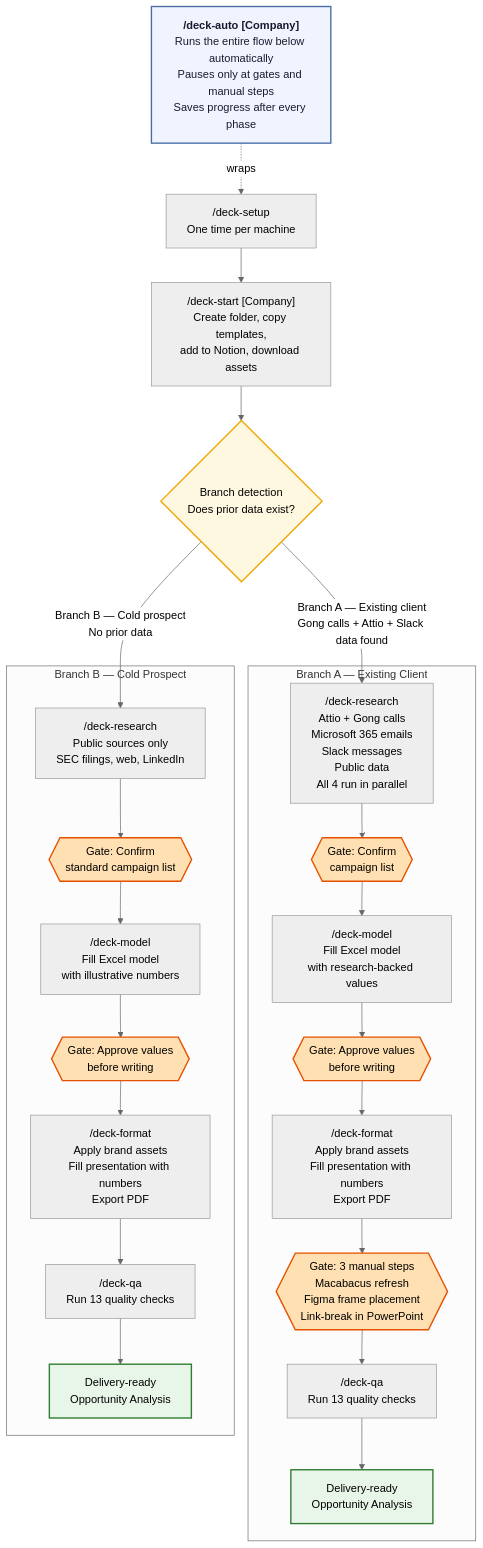
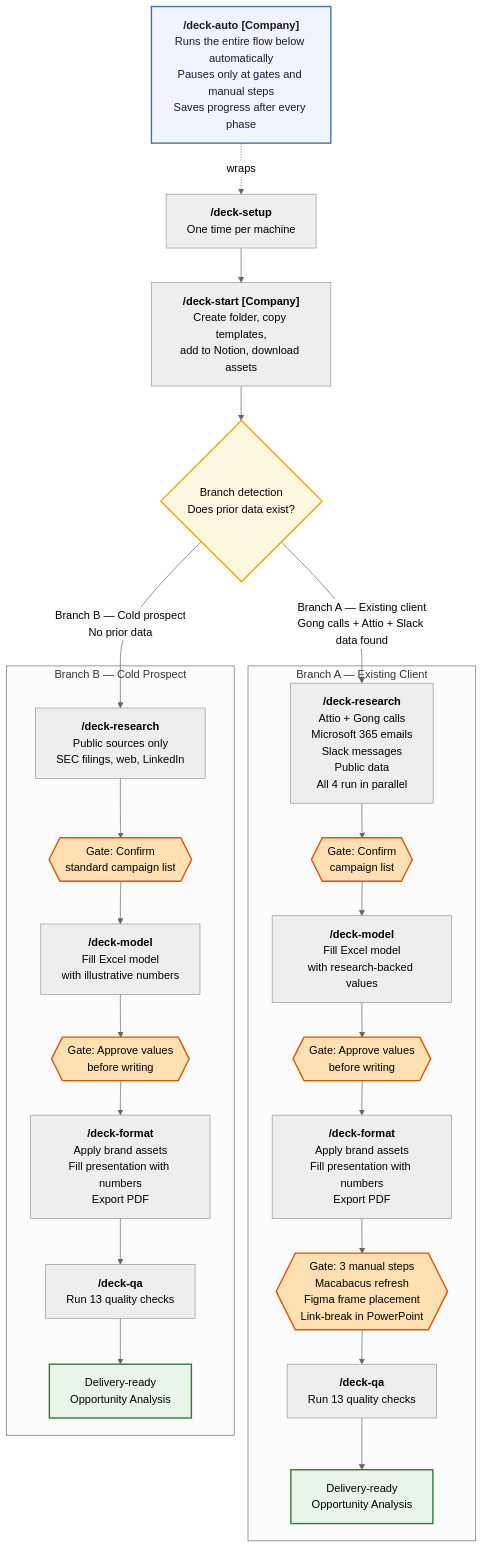
The diagram in README.md (Jolly-Incentineering/opportunity-analysis), drawn with Mermaid (neutral theme) before and after one commit.

Commit message:
Fix flowchart line breaks

````diff
--- a/README.md
+++ b/README.md
@@ -77,56 +77,56 @@
 ```mermaid
 flowchart TD
-    AUTO["<b>/deck-auto [Company]</b>\nRuns the entire flow below automatically\nPauses only at gates and manual steps\nSaves progress after every phase"]
+    AUTO["<b>/deck-auto [Company]</b><br/>Runs the entire flow below automatically<br/>Pauses only at gates and manual steps<br/>Saves progress after every phase"]
     AUTO -. "wraps" .-> SETUP
 
-    SETUP["/deck-setup\nOne time per machine"] --> START
+    SETUP["<b>/deck-setup</b><br/>One time per machine"] --> START
 
-    START["/deck-start [Company]\nCreate folder, copy templates,\nadd to Notion, download assets"] --> DETECT
+    START["<b>/deck-start [Company]</b><br/>Create folder, copy templates,<br/>add to Notion, download assets"] --> DETECT
 
-    DETECT{Branch detection\nDoes prior data exist?}
+    DETECT{"Branch detection<br/>Does prior data exist?"}
 
-    DETECT -->|"Branch A — Existing client\nGong calls + Attio + Slack data found"| RA
-    DETECT -->|"Branch B — Cold prospect\nNo prior data"| RB
+    DETECT -->|"Branch A — Existing client<br/>Gong calls + Attio + Slack data found"| RA
+    DETECT -->|"Branch B — Cold prospect<br/>No prior data"| RB
 
     subgraph branchA ["Branch A — Existing Client"]
-        RA["/deck-research\nAttio + Gong calls\nMicrosoft 365 emails\nSlack messages\nPublic data\nAll 4 run in parallel"]
+        RA["<b>/deck-research</b><br/>Attio + Gong calls<br/>Microsoft 365 emails<br/>Slack messages<br/>Public data<br/>All 4 run in parallel"]
         RA --> GA
-        GA{{"Gate: Confirm\ncampaign list"}}
+        GA{{"Gate: Confirm<br/>campaign list"}}
         GA --> MA
-        MA["/deck-model\nFill Excel model\nwith research-backed values"]
+        MA["<b>/deck-model</b><br/>Fill Excel model<br/>with research-backed values"]
         MA --> GB
-        GB{{"Gate: Approve values\nbefore writing"}}
+        GB{{"Gate: Approve values<br/>before writing"}}
         GB --> FA
-        FA["/deck-format\nApply brand assets\nFill presentation with numbers\nExport PDF"]
+        FA["<b>/deck-format</b><br/>Apply brand assets<br/>Fill presentation with numbers<br/>Export PDF"]
         FA --> GC
-        GC{{"Gate: 3 manual steps\nMacabacus refresh\nFigma frame placement\nLink-break in PowerPoint"}}
+        GC{{"Gate: 3 manual steps<br/>Macabacus refresh<br/>Figma frame placement<br/>Link-break in PowerPoint"}}
         GC --> QA_A
-        QA_A["/deck-qa\nRun 13 quality checks"]
-        QA_A --> DA["Delivery-ready\nOpportunity Analysis"]
+        QA_A["<b>/deck-qa</b><br/>Run 13 quality checks"]
+        QA_A --> DA["Delivery-ready<br/>Opportunity Analysis"]
     end
 
     subgraph branchB ["Branch B — Cold Prospect"]
-        RB["/deck-research\nPublic sources only\nSEC filings, web, LinkedIn"]
+        RB["<b>/deck-research</b><br/>Public sources only<br/>SEC filings, web, LinkedIn"]
         RB --> GD
-        GD{{"Gate: Confirm\nstandard campaign list"}}
+        GD{{"Gate: Confirm<br/>standard campaign list"}}
         GD --> MB
-        MB["/deck-model\nFill Excel model\nwith illustrative numbers"]
+        MB["<b>/deck-model</b><br/>Fill Excel model<br/>with illustrative numbers"]
         MB --> GE
-        GE{{"Gate: Approve values\nbefore writing"}}
+        GE{{"Gate: Approve values<br/>before writing"}}
         GE --> FB
-        FB["/deck-format\nApply brand assets\nFill presentation with numbers\nExport PDF"]
+        FB["<b>/deck-format</b><br/>Apply brand assets<br/>Fill presentation with numbers<br/>Export PDF"]
         FB --> QA_B
-        QA_B["/deck-qa\nRun 13 quality checks"]
-        QA_B --> DB["Delivery-ready\nOpportunity Analysis"]
+        QA_B["<b>/deck-qa</b><br/>Run 13 quality checks"]
+        QA_B --> DB["Delivery-ready<br/>Opportunity Analysis"]
     end
 
     style AUTO fill:#f0f4ff,stroke:#4a6fa5,stroke-width:2px,color:#1a1a2e
     style DETECT fill:#fff8e1,stroke:#f0a500,stroke-width:2px
     style GA fill:#ffe0b2,stroke:#e65100,stroke-width:2px
     style GB fill:#ffe0b2,stroke:#e65100,stroke-width:2px
     style GC fill:#ffe0b2,stroke:#e65100,stroke-width:2px
     style GD fill:#ffe0b2,stroke:#e65100,stroke-width:2px
     style GE fill:#ffe0b2,stroke:#e65100,stroke-width:2px
     style DA fill:#e8f5e9,stroke:#2e7d32,stroke-width:2px
     style DB fill:#e8f5e9,stroke:#2e7d32,stroke-width:2px
 ```
````
